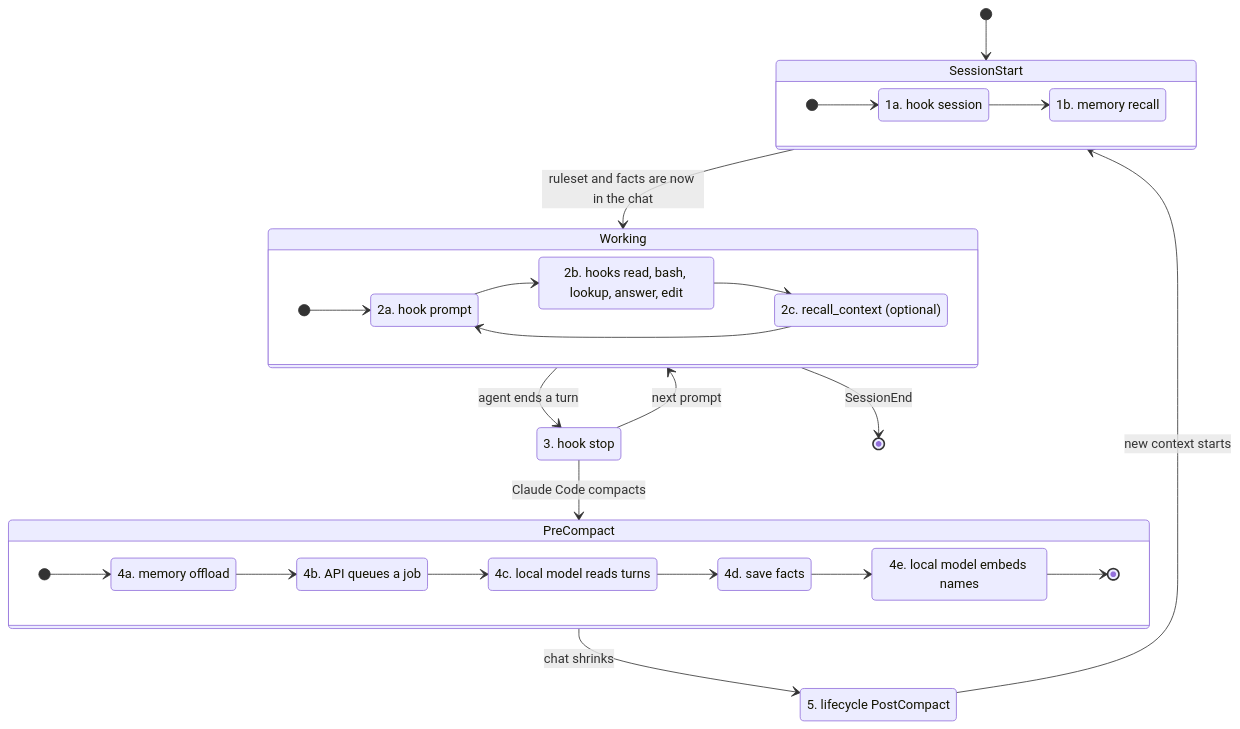
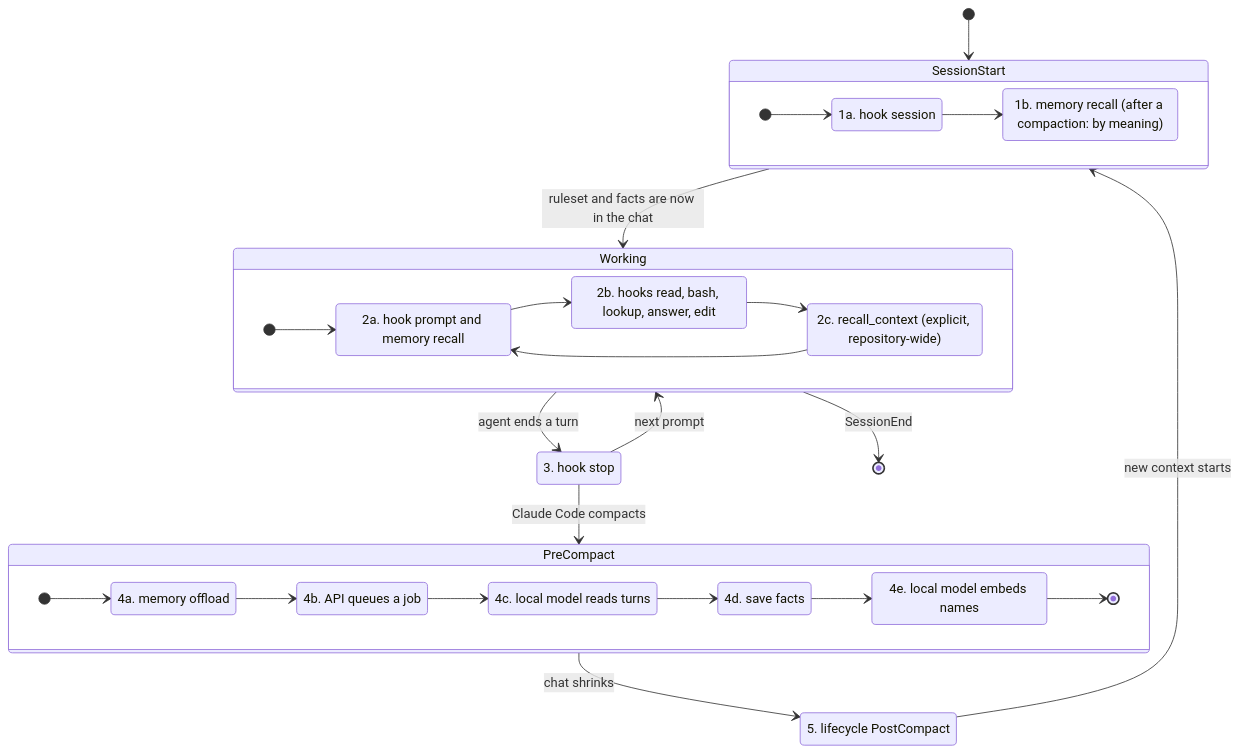
Before and after one commit to astrona-io/codesynapse: the diagram in docs/operations/chat-memory-flow.md, drawn with Mermaid. The commit also changed other lines of this file and 7 other files, not shown here.

First line of the commit message:
feat(memory): recall by meaning after a compaction and on each prompt (#276)

````diff
--- a/docs/operations/chat-memory-flow.md
+++ b/docs/operations/chat-memory-flow.md
@@ -12,51 +12,51 @@
 ```mermaid
 stateDiagram-v2
     direction TB
     [*] --> SessionStart
 
     state SessionStart {
         direction LR
         [*] --> Rules
         Rules: 1a. hook session
         Rules --> Facts
-        Facts: 1b. memory recall
+        Facts: 1b. memory recall (after a compaction: by meaning)
     }
 
     SessionStart --> Working: ruleset and facts are now in the chat
 
     state Working {
         direction LR
         [*] --> Prompt
-        Prompt: 2a. hook prompt
+        Prompt: 2a. hook prompt and memory recall
         Prompt --> ToolGuards
         ToolGuards: 2b. hooks read, bash, lookup, answer, edit
         ToolGuards --> Recall
-        Recall: 2c. recall_context (optional)
+        Recall: 2c. recall_context (explicit, repository-wide)
         Recall --> Prompt
     }
 
     Working --> Stop: agent ends a turn
     Stop: 3. hook stop
     Stop --> Working: next prompt
     Stop --> PreCompact: Claude Code compacts
 
     state PreCompact {
         direction LR
         [*] --> Offload
         Offload: 4a. memory offload
         Offload --> Queue
         Queue: 4b. API queues a job
         Queue --> Extract
         Extract: 4c. local model reads turns
         Extract --> Save
         Save: 4d. save facts
         Save --> Embed
         Embed: 4e. local model embeds names
         Embed --> [*]
     }
 
     PreCompact --> PostCompact: chat shrinks
     PostCompact: 5. lifecycle PostCompact
     PostCompact --> SessionStart: new context starts
     Working --> [*]: SessionEnd
 ```
````
